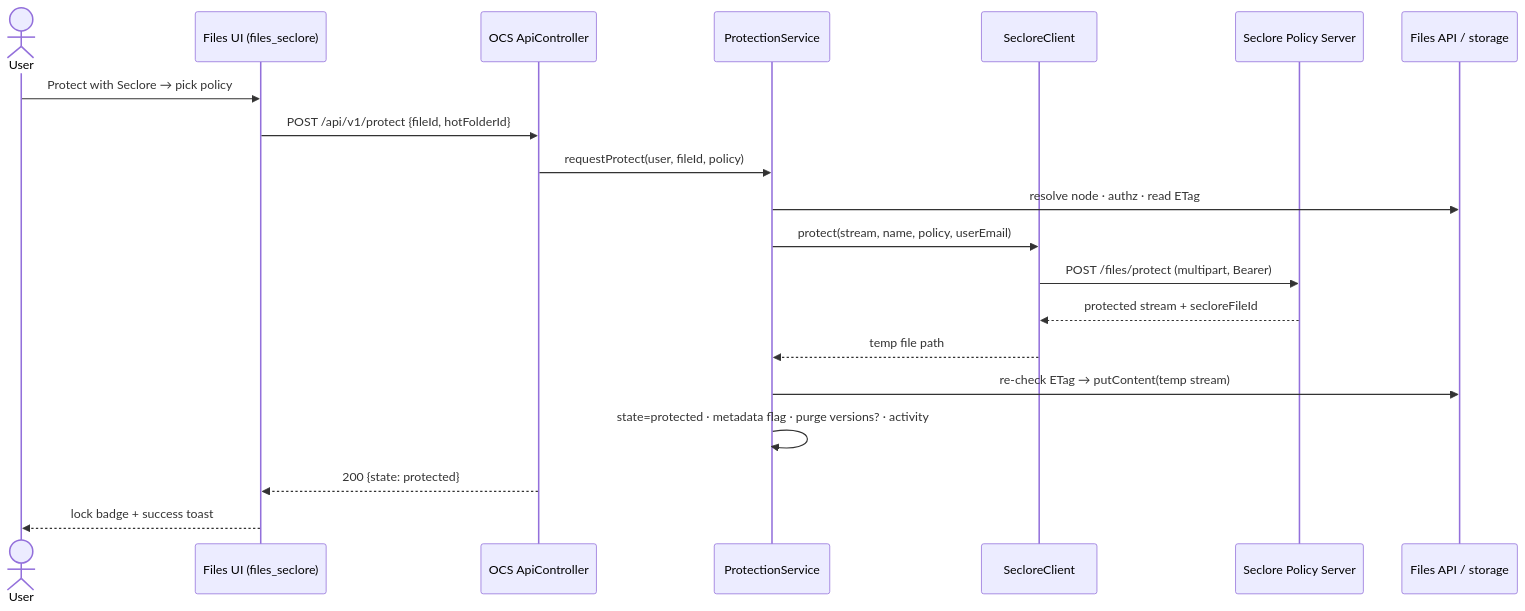
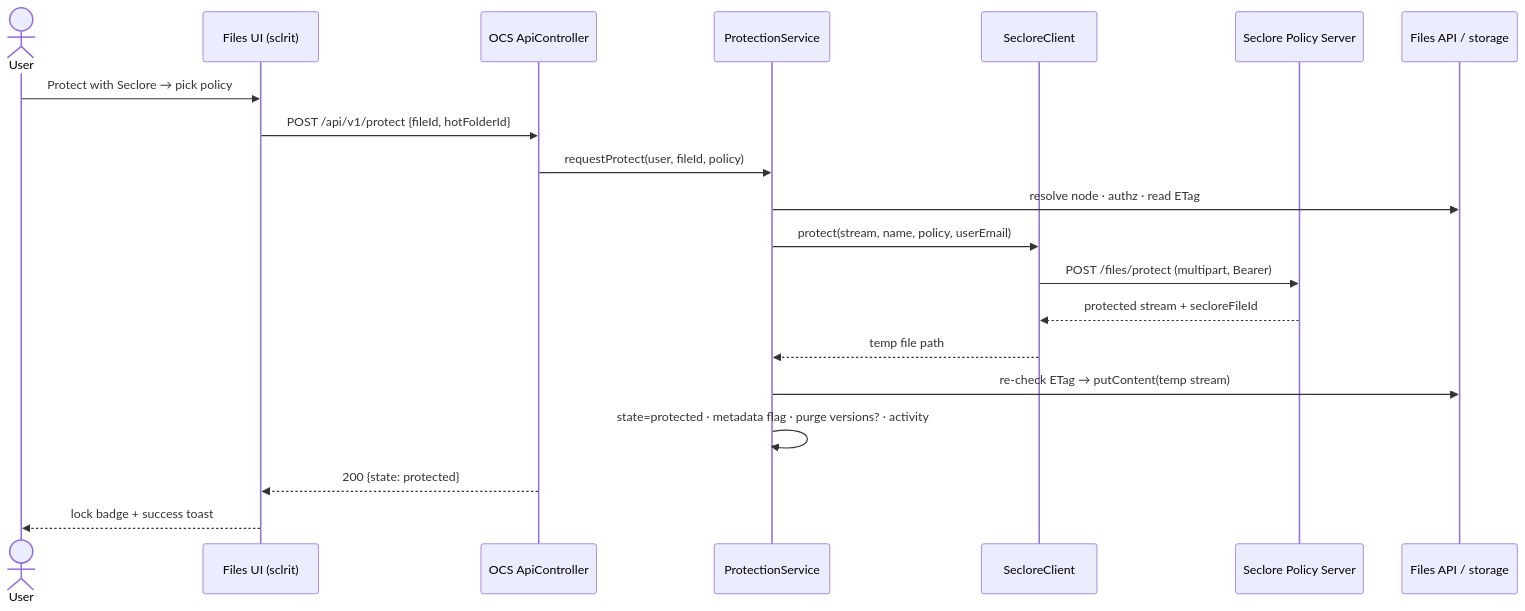
Before and after one commit to sasmaq/sclrit: the fourth of 4 diagrams in docs/software-design-document.md, drawn with Mermaid. The commit also changed other lines of this file and 83 other files, not shown here.

````diff
--- a/docs/software-design-document.md
+++ b/docs/software-design-document.md
@@ -553,23 +553,23 @@
 ```mermaid
 sequenceDiagram
     actor U as User
-    participant FE as Files UI (files_seclore)
+    participant FE as Files UI (sclrit)
     participant API as OCS ApiController
     participant P as ProtectionService
     participant S as SecloreClient
     participant X as Seclore Policy Server
     participant F as Files API / storage
 
     U->>FE: Protect with Seclore → pick policy
     FE->>API: POST /api/v1/protect {fileId, hotFolderId}
     API->>P: requestProtect(user, fileId, policy)
     P->>F: resolve node · authz · read ETag
     P->>S: protect(stream, name, policy, userEmail)
     S->>X: POST /files/protect (multipart, Bearer)
     X-->>S: protected stream + secloreFileId
     S-->>P: temp file path
     P->>F: re-check ETag → putContent(temp stream)
     P->>P: state=protected · metadata flag · purge versions? · activity
     API-->>FE: 200 {state: protected}
     FE-->>U: lock badge + success toast
 ```
````
